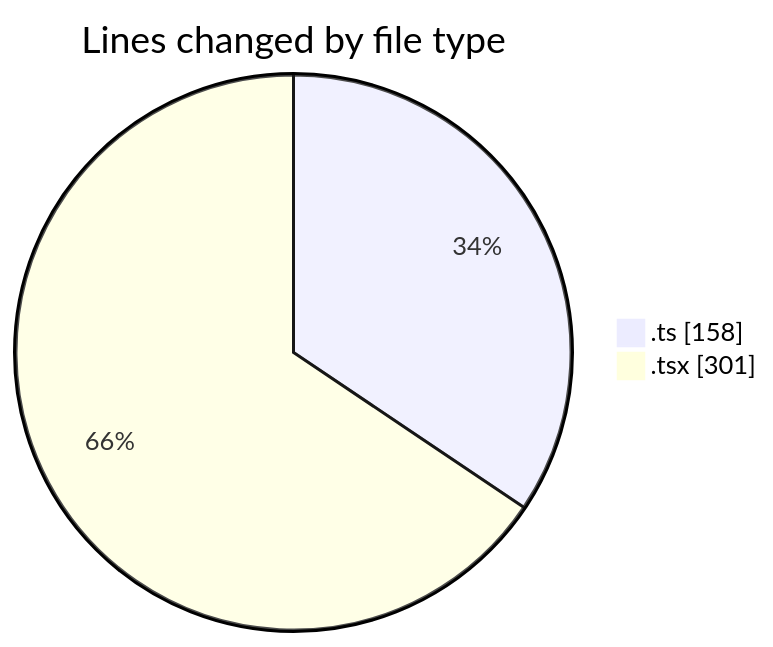
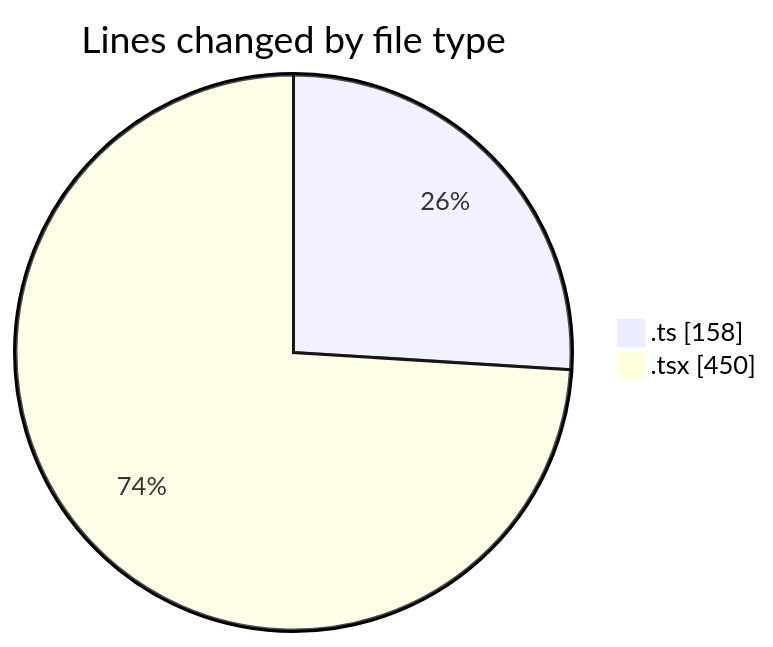
The first of 2 diagrams in 2025-12-02/cda/README.md (momahboobian/code-tracking), drawn with Mermaid before and after one commit. The commit also changed other lines of this file and 1 other file, not shown here.

````diff
--- a/2025-12-02/cda/README.md
+++ b/2025-12-02/cda/README.md
@@ -23,6 +23,6 @@
 ```mermaid
 pie showData
 title Lines changed by file type
 ".ts" : 158
-".tsx" : 301
+".tsx" : 450
 ```
````
